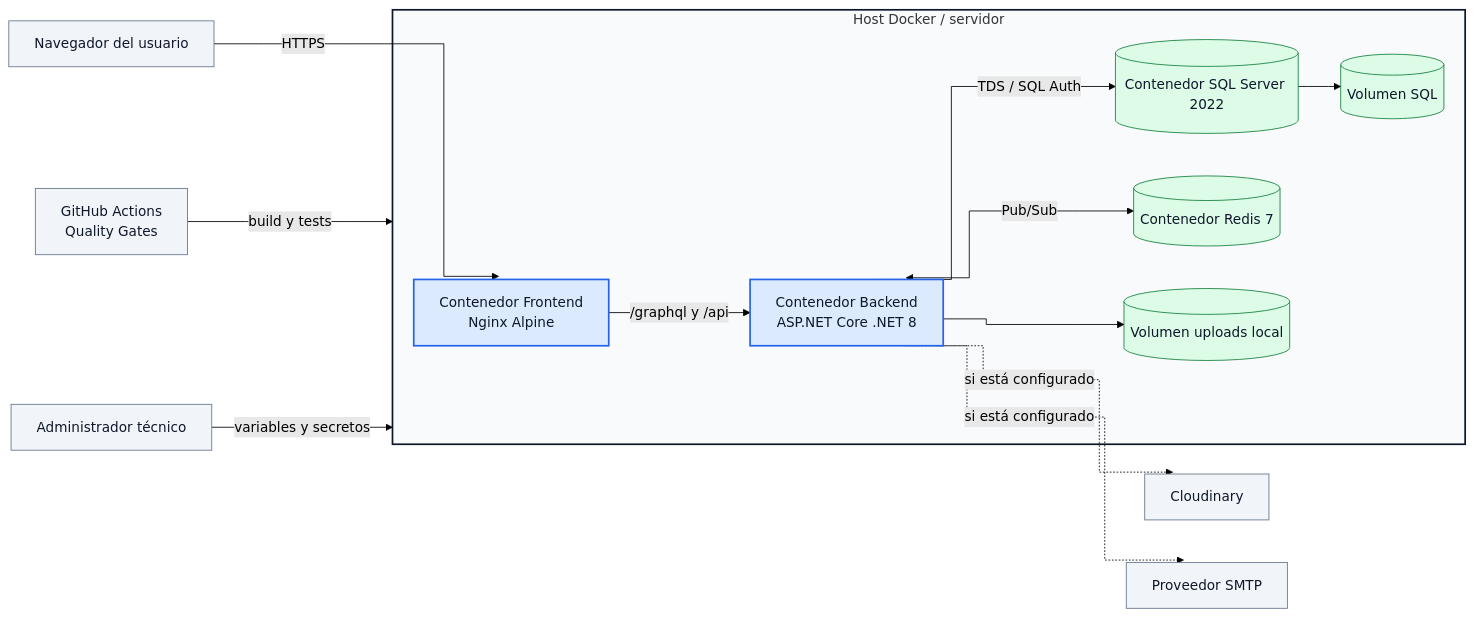
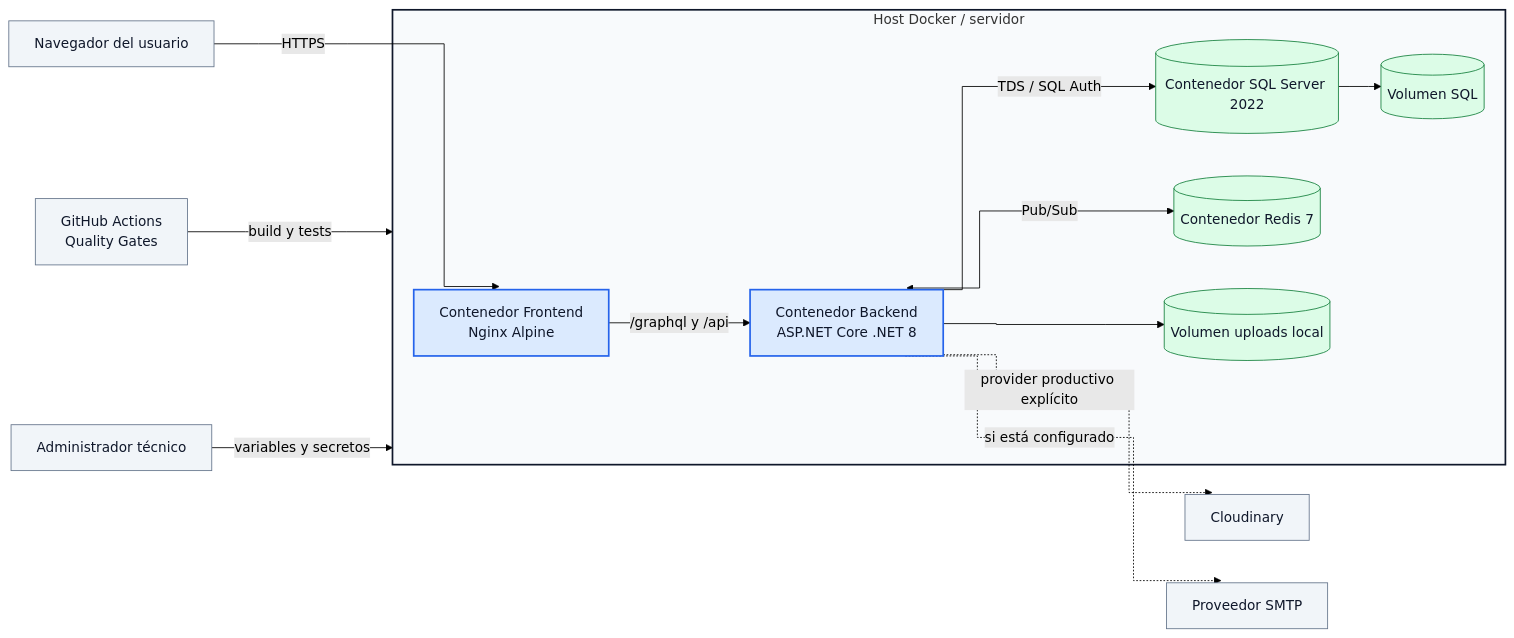
The ninth of 10 diagrams in docs/entrega_final/DOCUMENTO_BASE_PRACTICA_PROFESIONAL.md (fagdiaz/OneITB), drawn with Mermaid (forest theme) before and after one commit. The commit also changed other lines of this file and 87 other files, not shown here.

````diff
--- a/docs/entrega_final/DOCUMENTO_BASE_PRACTICA_PROFESIONAL.md
+++ b/docs/entrega_final/DOCUMENTO_BASE_PRACTICA_PROFESIONAL.md
@@ -924,26 +929,26 @@
 ```mermaid
 %%{init: {"flowchart": {"curve": "step"}}}%%
 flowchart LR
     USER["Navegador del usuario"] -->|"HTTPS"| WEB["Contenedor Frontend<br/>Nginx Alpine"]
 
     subgraph HOST["Host Docker / servidor"]
         WEB -->|"/graphql y /api"| API["Contenedor Backend<br/>ASP.NET Core .NET 8"]
         API -->|"TDS / SQL Auth"| DB[("Contenedor SQL Server 2022")]
         API <-->|"Pub/Sub"| REDIS[("Contenedor Redis 7")]
         DB --> SQLVOL[("Volumen SQL")]
         API --> UPVOL[("Volumen uploads local")]
     end
 
-    API -.->|"si está configurado"| CLOUD["Cloudinary"]
+    API -.->|"provider productivo explícito"| CLOUD["Cloudinary"]
     API -.->|"si está configurado"| MAIL["Proveedor SMTP"]
     CI["GitHub Actions<br/>Quality Gates"] -->|"build y tests"| HOST
     OPS["Administrador técnico"] -->|"variables y secretos"| HOST
 
     classDef external fill:#f1f5f9,stroke:#64748b,color:#0f172a;
     classDef container fill:#dbeafe,stroke:#2563eb,color:#0f172a,stroke-width:2px;
     classDef storage fill:#dcfce7,stroke:#15803d,color:#0f172a;
     class USER,CI,OPS,CLOUD,MAIL external;
     class WEB,API container;
     class DB,REDIS,SQLVOL,UPVOL storage;
     style HOST fill:#f8fafc,stroke:#0f172a,stroke-width:2px
 ```
````
